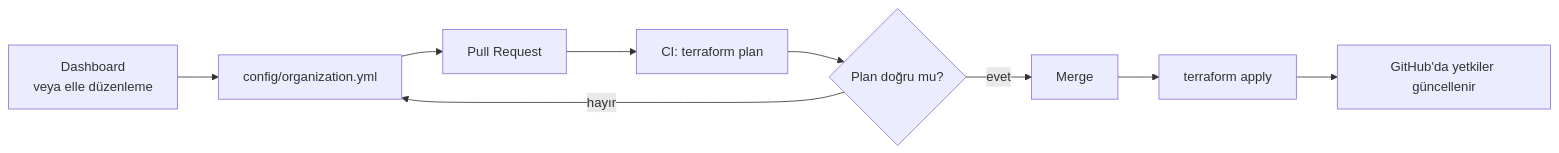
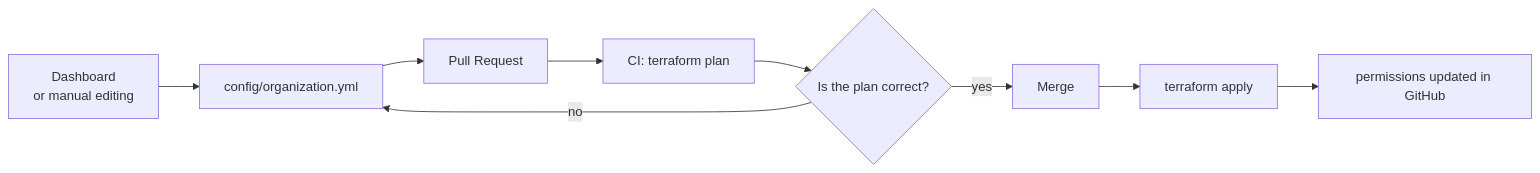
Before and after one commit to iceberg-pilot-test/Iceberg-GitHub-Infrastructure: the third of 3 diagrams in docs/workflow-guide.md, drawn with Mermaid. The commit also changed other lines of this file and 21 other files, not shown here.

````diff
--- a/docs/workflow-guide.md
+++ b/docs/workflow-guide.md
@@ -136,11 +136,11 @@
 ```mermaid
 flowchart LR
-    A[Dashboard<br/>veya elle düzenleme] --> B[config/organization.yml]
+    A[Dashboard<br/>or manual editing] --> B[config/organization.yml]
     B --> C[Pull Request]
     C --> D[CI: terraform plan]
-    D --> E{Plan doğru mu?}
-    E -->|hayır| B
-    E -->|evet| F[Merge]
+    D --> E{Is the plan correct?}
+    E -->|no| B
+    E -->|yes| F[Merge]
     F --> G[terraform apply]
-    G --> H[GitHub'da yetkiler güncellenir]
+    G --> H[permissions updated in GitHub]
 ```
````
